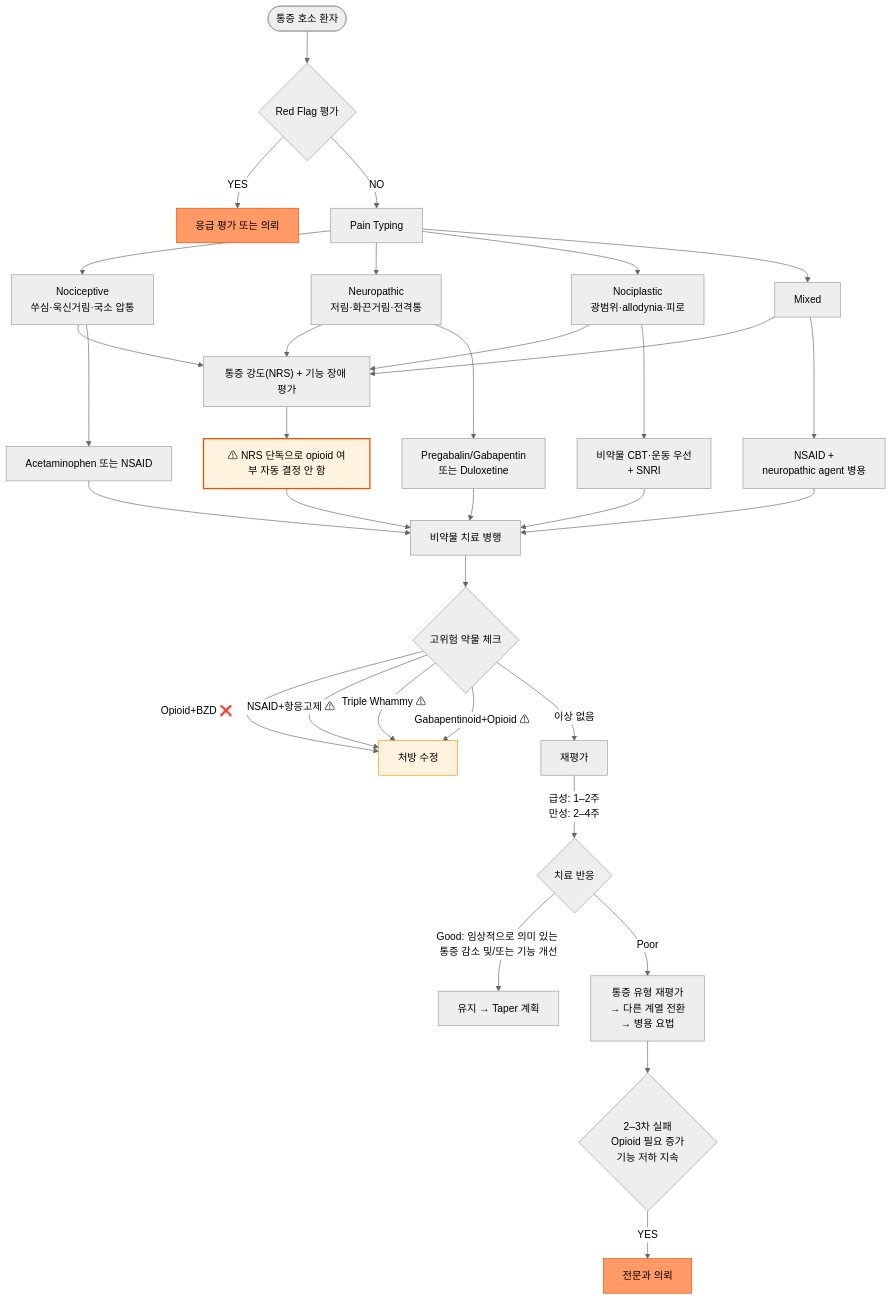
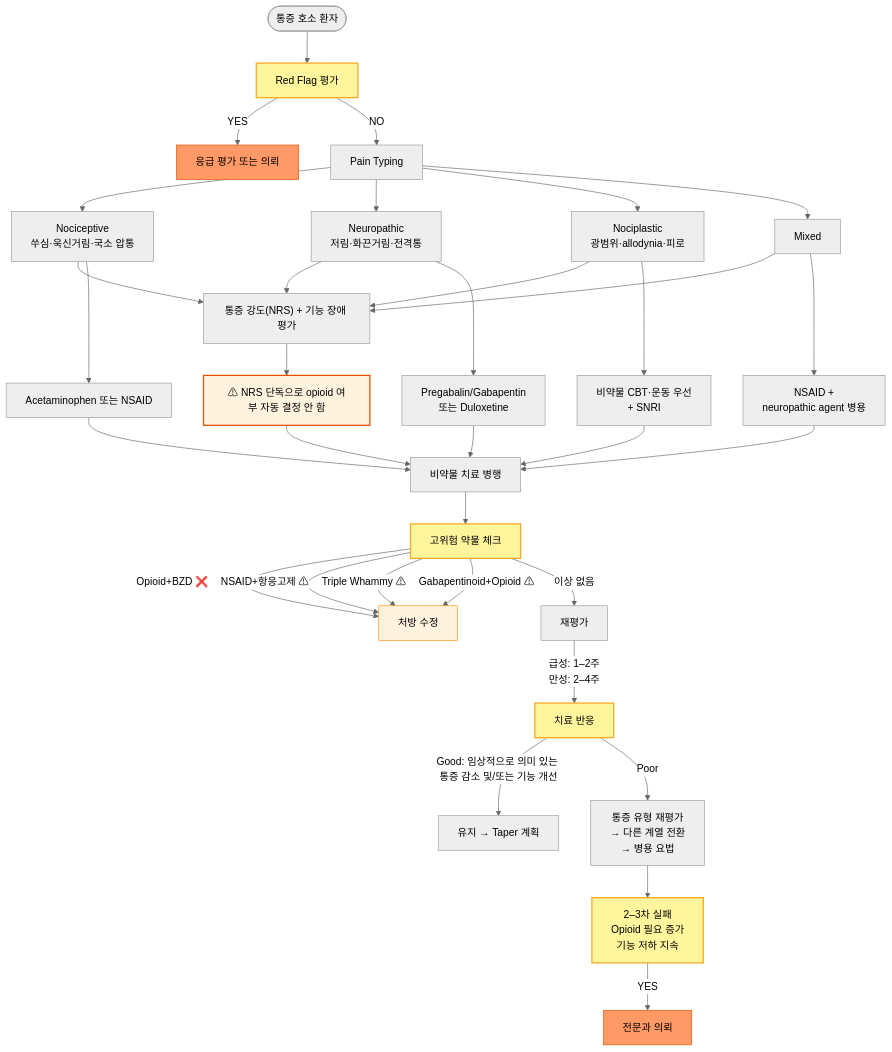
Before and after one commit to familyoh77/familyoh77: the first of 2 diagrams in 220_/001_-pain.md, drawn with Mermaid (neutral theme). The commit also changed other lines of this file, not shown here.

````diff
--- a/220_/001_-pain.md
+++ b/220_/001_-pain.md
@@ -113,32 +131,36 @@
 ```mermaid
 flowchart TD
-    A([통증 호소 환자]) --> B{Red Flag 평가}
+    A([통증 호소 환자]) --> B[Red Flag 평가]
     B -->|YES| C[응급 평가 또는 의뢰]
     B -->|NO| D[Pain Typing]
     D --> D1[Nociceptive\n쑤심·욱신거림·국소 압통]
     D --> D2[Neuropathic\n저림·화끈거림·전격통]
     D --> D3[Nociplastic\n광범위·allodynia·피로]
     D --> D4[Mixed]
     D1 & D2 & D3 & D4 --> E["통증 강도(NRS) + 기능 장애 평가"]
     E --> E0["⚠ NRS 단독으로 opioid 여부 자동 결정 안 함"]
     D1 --> F1[Acetaminophen 또는 NSAID]
     D2 --> G1[Pregabalin/Gabapentin\n또는 Duloxetine]
     D3 --> G2[비약물 CBT·운동 우선\n+ SNRI]
     D4 --> F2[NSAID +\nneuropathic agent 병용]
     E0 & F1 & G1 & G2 & F2 --> H[비약물 치료 병행]
-    H --> I{고위험 약물 체크}
+    H --> I[고위험 약물 체크]
     I -->|"Opioid+BZD ❌"| J[처방 수정]
     I -->|"NSAID+항응고제 ⚠"| J
     I -->|"Triple Whammy ⚠"| J
     I -->|"Gabapentinoid+Opioid ⚠"| J
     I -->|"이상 없음"| K[재평가]
-    K -->|급성: 1–2주\n만성: 2–4주| L{치료 반응}
+    K -->|급성: 1–2주\n만성: 2–4주| L[치료 반응]
     L -->|Good: 임상적으로 의미 있는 통증 감소 및/또는 기능 개선| M[유지 → Taper 계획]
     L -->|Poor| N[통증 유형 재평가\n→ 다른 계열 전환\n→ 병용 요법]
-    N --> O{2–3차 실패\nOpioid 필요 증가\n기능 저하 지속}
+    N --> O[2–3차 실패\nOpioid 필요 증가\n기능 저하 지속]
     O -->|YES| P[전문과 의뢰]
     style C fill:#f96,stroke:#e65100
     style P fill:#f96,stroke:#e65100
     style J fill:#fff3e0,stroke:#ff8f00
     style E0 fill:#fff3e0,stroke:#e65100,stroke-width:2px
+    style B fill:#fff59d,stroke:#f9a825,stroke-width:2px
+    style I fill:#fff59d,stroke:#f9a825,stroke-width:2px
+    style L fill:#fff59d,stroke:#f9a825,stroke-width:2px
+    style O fill:#fff59d,stroke:#f9a825,stroke-width:2px
 ```
````
